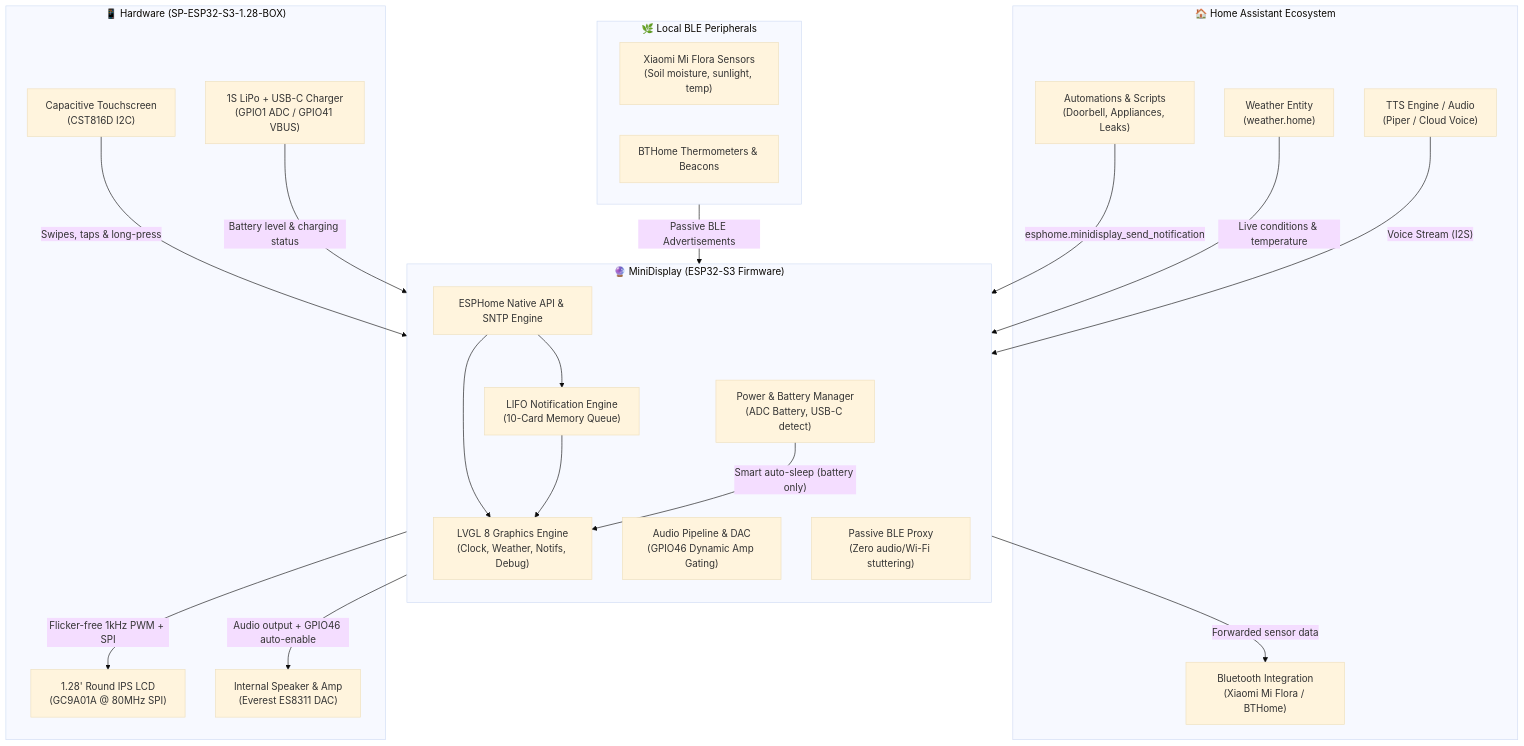
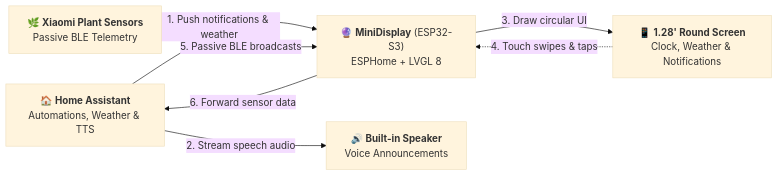
One commit to pasmimmo/SmartDisplay changed the first of 2 diagrams in README.md. Above: the diagram before and after it, drawn with Mermaid (base theme). The commit also changed other lines of this file and 2 other files, not shown here.

Commit message:
docs: simplify diagrams with clean, minimalist Mermaid flowcharts

````diff
--- a/README.md
+++ b/README.md
@@ -18,48 +18,15 @@
 ```mermaid
-flowchart TD
-    subgraph HA["🏠 Home Assistant Ecosystem"]
-        HA_Auto["Automations & Scripts<br>(Doorbell, Appliances, Leaks)"]
-        HA_Weather["Weather Entity<br>(weather.home)"]
-        HA_TTS["TTS Engine / Audio<br>(Piper / Cloud Voice)"]
-        HA_BLE["Bluetooth Integration<br>(Xiaomi Mi Flora / BTHome)"]
-    end
+flowchart LR
+    HA["🏠 <b>Home Assistant</b><br>Automations, Weather & TTS"]
+    MD["🔮 <b>MiniDisplay</b> (ESP32-S3)<br>ESPHome + LVGL 8"]
+    LCD["📱 <b>1.28' Round Screen</b><br>Clock, Weather & Notifications"]
+    SPK["🔊 <b>Built-in Speaker</b><br>Voice Announcements"]
+    BLE["🌿 <b>Xiaomi Plant Sensors</b><br>Passive BLE Telemetry"]
 
-    subgraph ESP["🔮 MiniDisplay (ESP32-S3 Firmware)"]
-        direction TB
-        API["ESPHome Native API & SNTP Engine"]
-        Queue["LIFO Notification Engine<br>(10-Card Memory Queue)"]
-        LVGL["LVGL 8 Graphics Engine<br>(Clock, Weather, Notifs, Debug)"]
-        Audio["Audio Pipeline & DAC<br>(GPIO46 Dynamic Amp Gating)"]
-        BLE["Passive BLE Proxy<br>(Zero audio/Wi-Fi stuttering)"]
-        Power["Power & Battery Manager<br>(ADC Battery, USB-C detect)"]
-    end
-
-    subgraph HW["📱 Hardware (SP-ESP32-S3-1.28-BOX)"]
-        LCD["1.28' Round IPS LCD<br>(GC9A01A @ 80MHz SPI)"]
-        Touch["Capacitive Touchscreen<br>(CST816D I2C)"]
-        Speaker["Internal Speaker & Amp<br>(Everest ES8311 DAC)"]
-        Battery["1S LiPo + USB-C Charger<br>(GPIO1 ADC / GPIO41 VBUS)"]
-    end
-
-    subgraph Sensors["🌿 Local BLE Peripherals"]
-        Flora["Xiaomi Mi Flora Sensors<br>(Soil moisture, sunlight, temp)"]
-        Beacons["BTHome Thermometers & Beacons"]
-    end
-
-    %% Flow connections
-    HA_Auto -->|"esphome.minidisplay_send_notification"| API
-    HA_Weather -->|"Live conditions & temperature"| API
-    HA_TTS -->|"Voice Stream (I2S)"| Audio
-    Sensors -->|"Passive BLE Advertisements"| BLE
-    BLE -->|"Forwarded sensor data"| HA_BLE
-
-    API --> Queue
-    API --> LVGL
-    Queue --> LVGL
-
-    LVGL -->|"Flicker-free 1kHz PWM + SPI"| LCD
-    Touch -->|"Swipes, taps & long-press"| LVGL
-    Audio -->|"Audio output + GPIO46 auto-enable"| Speaker
-    Battery -->|"Battery level & charging status"| Power
-    Power -->|"Smart auto-sleep (battery only)"| LVGL
+    HA -->|"1. Push notifications & weather"| MD
+    HA -->|"2. Stream speech audio"| SPK
+    MD -->|"3. Draw circular UI"| LCD
+    LCD -.->|"4. Touch swipes & taps"| MD
+    BLE -->|"5. Passive BLE broadcasts"| MD
+    MD -->|"6. Forward sensor data"| HA
 ```
````
